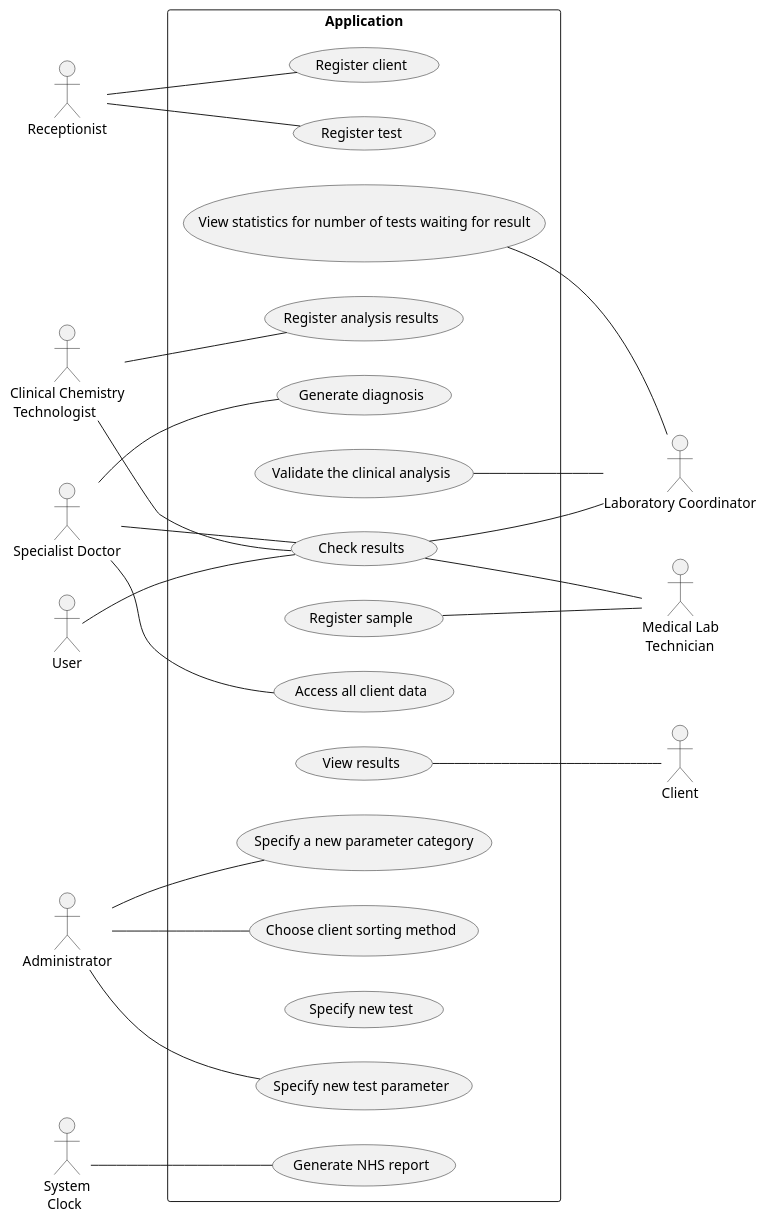
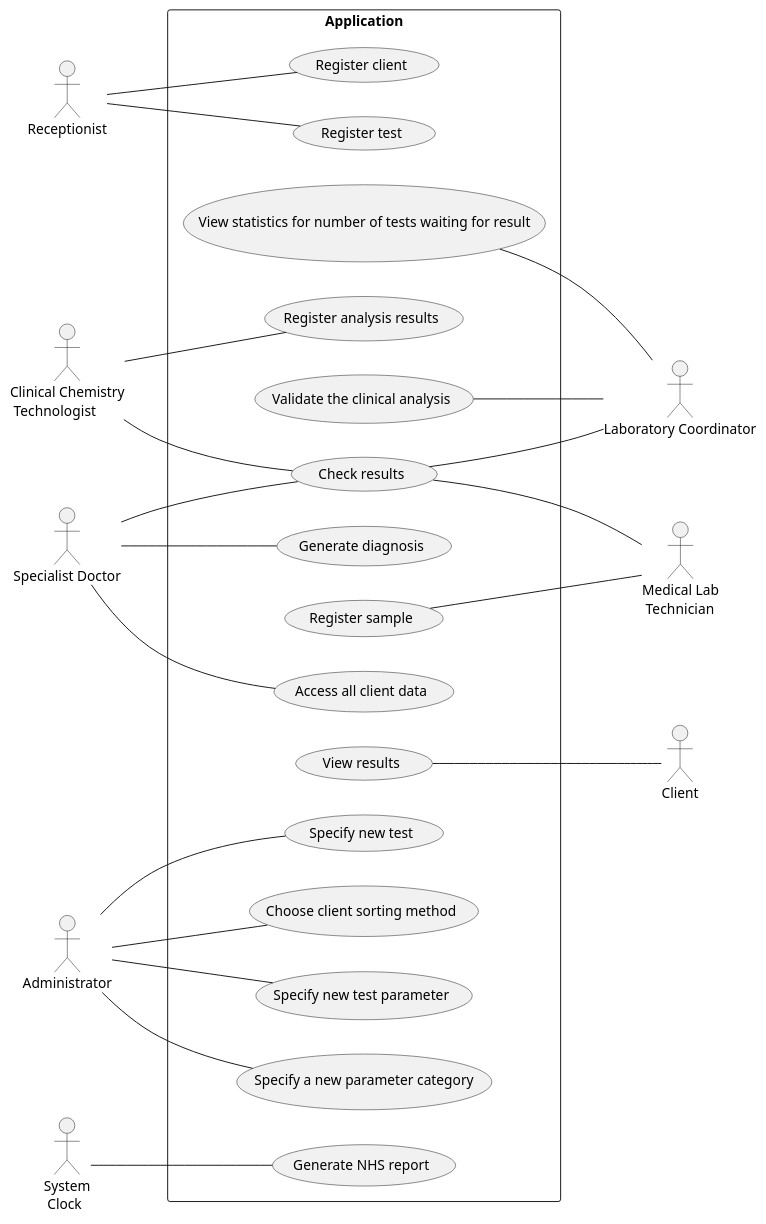
The diagram in docs/SprintA/UCD.puml (MadDinosaur/ISEP-LAPR2), drawn with PlantUML before and after one commit. The commit also changed 2 other files, not shown here.

Commit message:
Updated Use Case Diagram.

```diff
--- a/docs/SprintA/UCD.puml
+++ b/docs/SprintA/UCD.puml
@@ -1,54 +1,53 @@
 @startuml
 'https://plantuml.com/use-case-diagram
 
 left to right direction
 skinparam packageStyle rectangle
 'Actors
 :Receptionist:
 :Medical Lab\n Technician: as MLT
 :Clinical Chemistry\n Technologist: as CCT
 :Specialist Doctor: as Doctor
 :Laboratory Coordinator: as LC
-:User:
 :Client:
 :Administrator:
 :System\n Clock: as Clock
 
 package Application {
     (Register test) as UC1
     (Register client) as UC2
     (Register sample) as UC3
     (Register analysis results) as UC4
     (Generate diagnosis) as UC5
     (Choose client sorting method) as UC6
     (Validate the clinical analysis) as UC7
     (View results) as UC8
     (Check results) as UC9
     (View statistics for number of tests waiting for result) as UC10
     (Access all client data) as UC11
     (Generate NHS report) as UC12
     (Specify new test) as UC13
     (Specify new test parameter) as UC14
     (Specify a new parameter category) as UC15
 }
 
 'Use Cases
 Receptionist -- UC1
 Receptionist -- UC2
 UC3 -- MLT
 CCT -- UC4
 Doctor -- UC5
 Administrator -- UC6
 UC7 -- LC
 UC8 -- Client
 UC9 -- MLT
 CCT -- UC9
 UC9 -- LC
 Doctor -- UC9
-User -- UC9
 LC -- UC10
 Doctor -- UC11
 Clock -- UC12
+Administrator -- UC13
 Administrator -- UC14
 Administrator -- UC15
 @enduml
```
